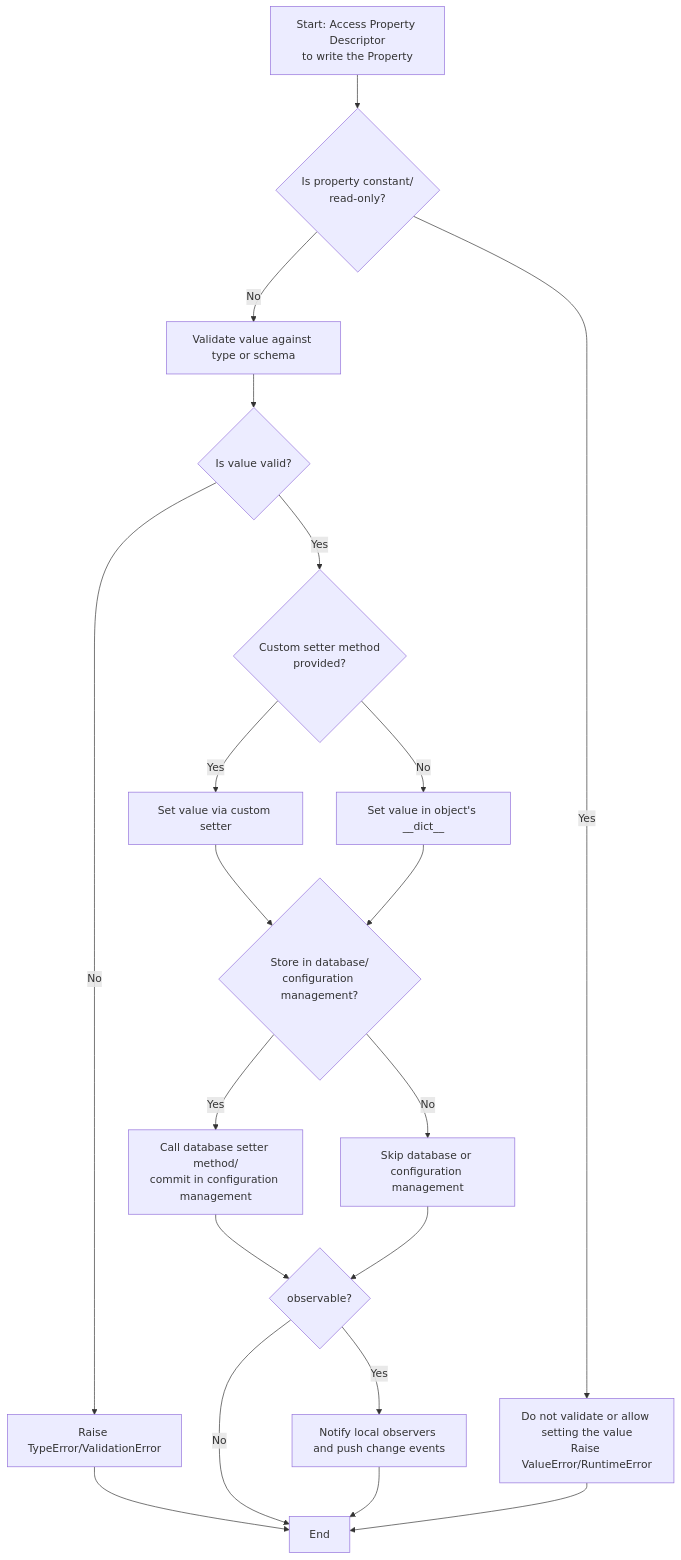
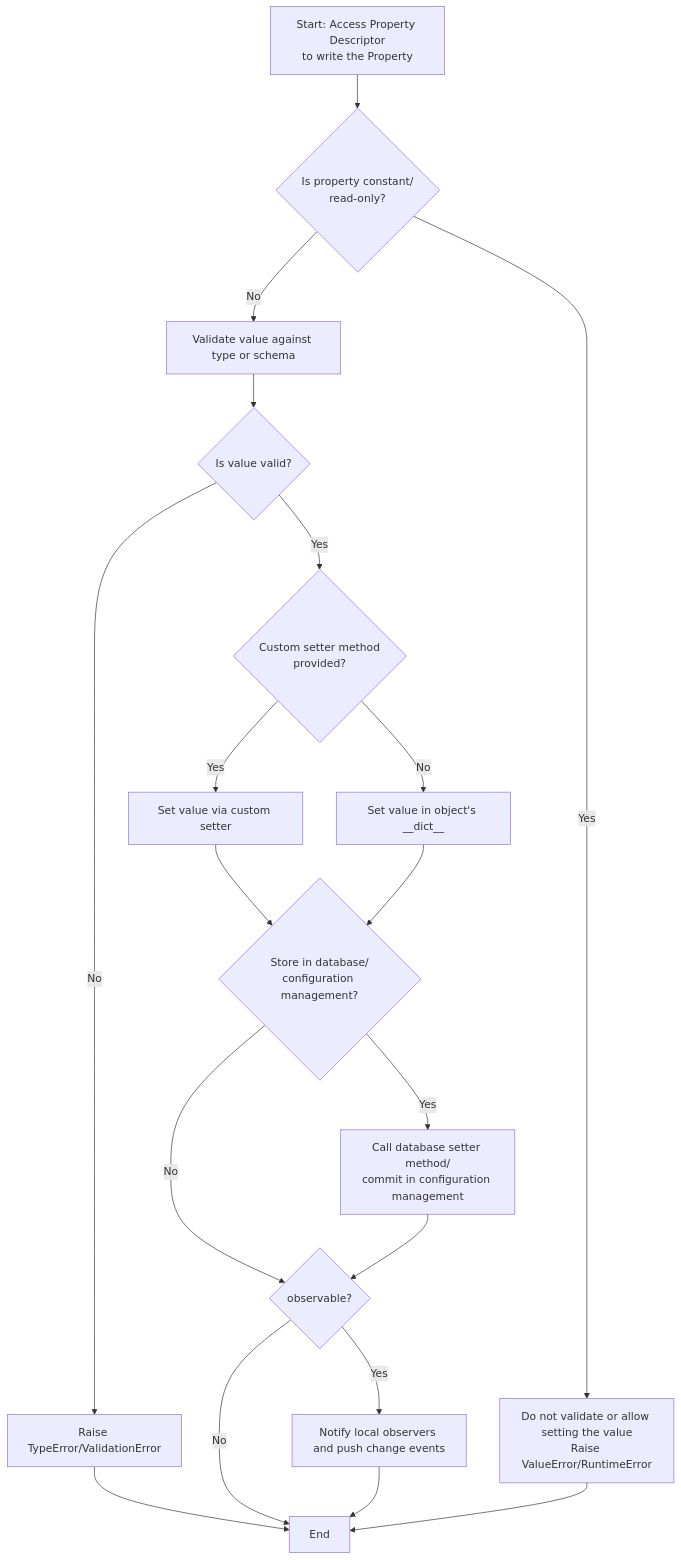
One commit to hololinked-dev/docs changed the first of 2 diagrams in docs/design/property-descriptors.md. Above: the diagram before and after it, drawn with Mermaid. The commit also changed other lines of this file and 8 other files, not shown here.

````diff
--- a/docs/design/property-descriptors.md
+++ b/docs/design/property-descriptors.md
@@ -210,23 +218,22 @@
 ```mermaid
 flowchart TD
     A[Start: Access Property Descriptor<br/>to write the Property] --> B{Is property constant/<br />read-only?}
     B -- No --> D[Validate value against type or schema]
     D --> E{Is value valid?}
     E -- No --> F[Raise TypeError/ValidationError]
     F --> Z
     E -- Yes --> G{Custom setter method<br/>provided?}
     G -- Yes --> H[Set value via custom setter]
     G -- No --> I[Set value in object's __dict__]
     H --> J{Store in database/<br/>configuration management?}
     I --> J
     J -- Yes --> K[Call database setter method/<br/>commit in configuration management]
-    J -- No --> L[Skip database or configuration management]
+    J -- No --> N
     K --> N{observable?}
-    L --> N
     N -- Yes --> M[Notify local observers and push change events]
     N -- No --> Z
     M --> Z
     B -- Yes --> C[Do not validate or allow setting the value<br/>Raise ValueError/RuntimeError]
     C --> Z[End]
     Z[End]
 ```
````
